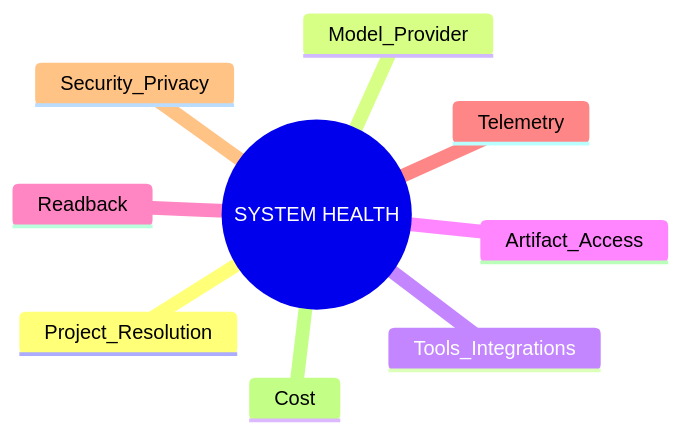
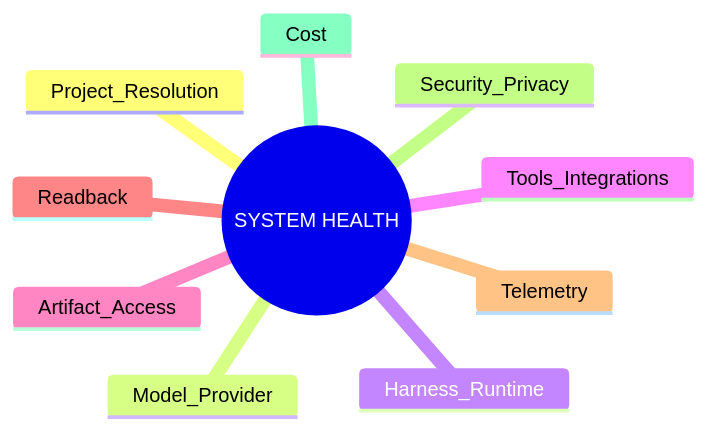
Before and after one commit to Jiaosong/Design: the first of 3 diagrams in product-docs/v0.3/nodes/N14_SYSTEM_HEALTH.md, drawn with Mermaid. The commit also changed other lines of this file and 21 other files, not shown here.

Commit message:
Add OLEANDER execution fabric architecture v0.3.3 (#717)

````diff
--- a/product-docs/v0.3/nodes/N14_SYSTEM_HEALTH.md
+++ b/product-docs/v0.3/nodes/N14_SYSTEM_HEALTH.md
@@ -20,12 +20,13 @@
 ```mermaid
 mindmap
   root((SYSTEM HEALTH))
     Project_Resolution
     Model_Provider
+    Harness_Runtime
     Tools_Integrations
     Artifact_Access
     Readback
     Telemetry
     Security_Privacy
     Cost
 ```
````
